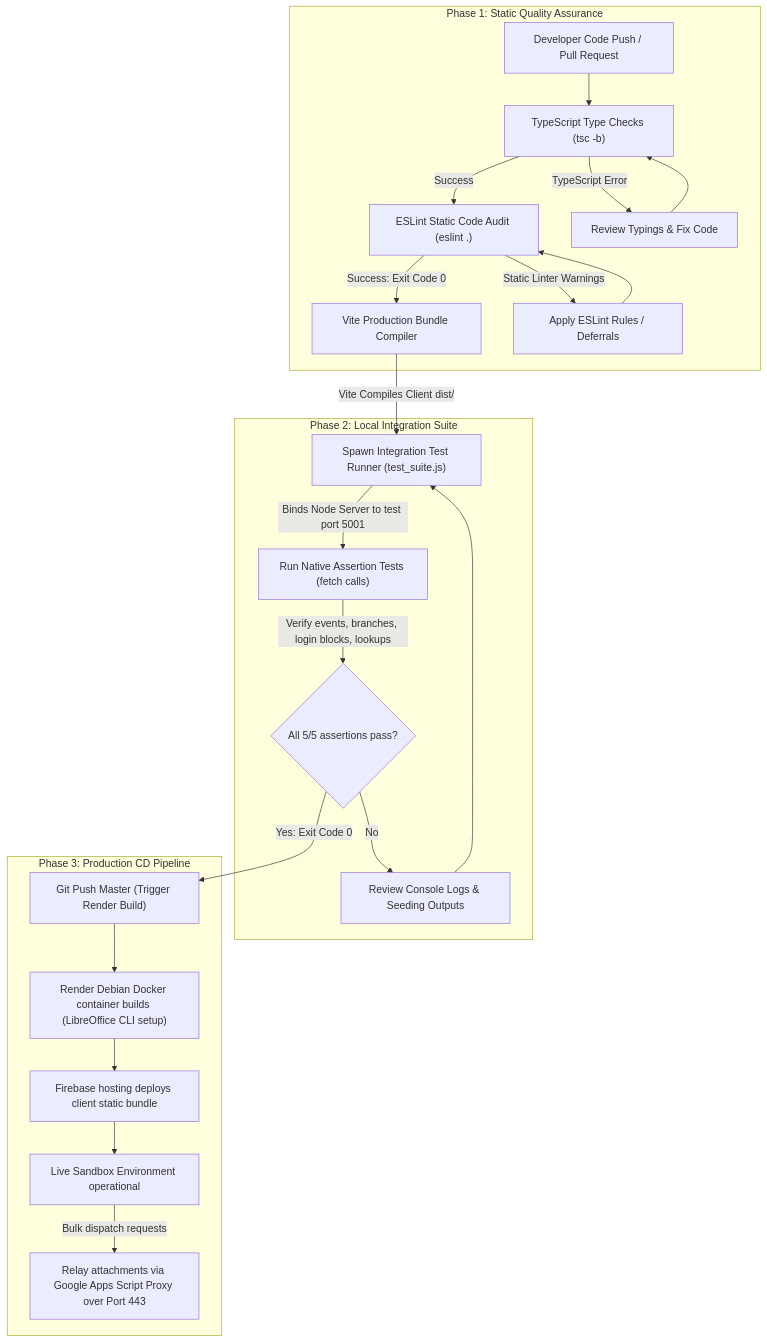
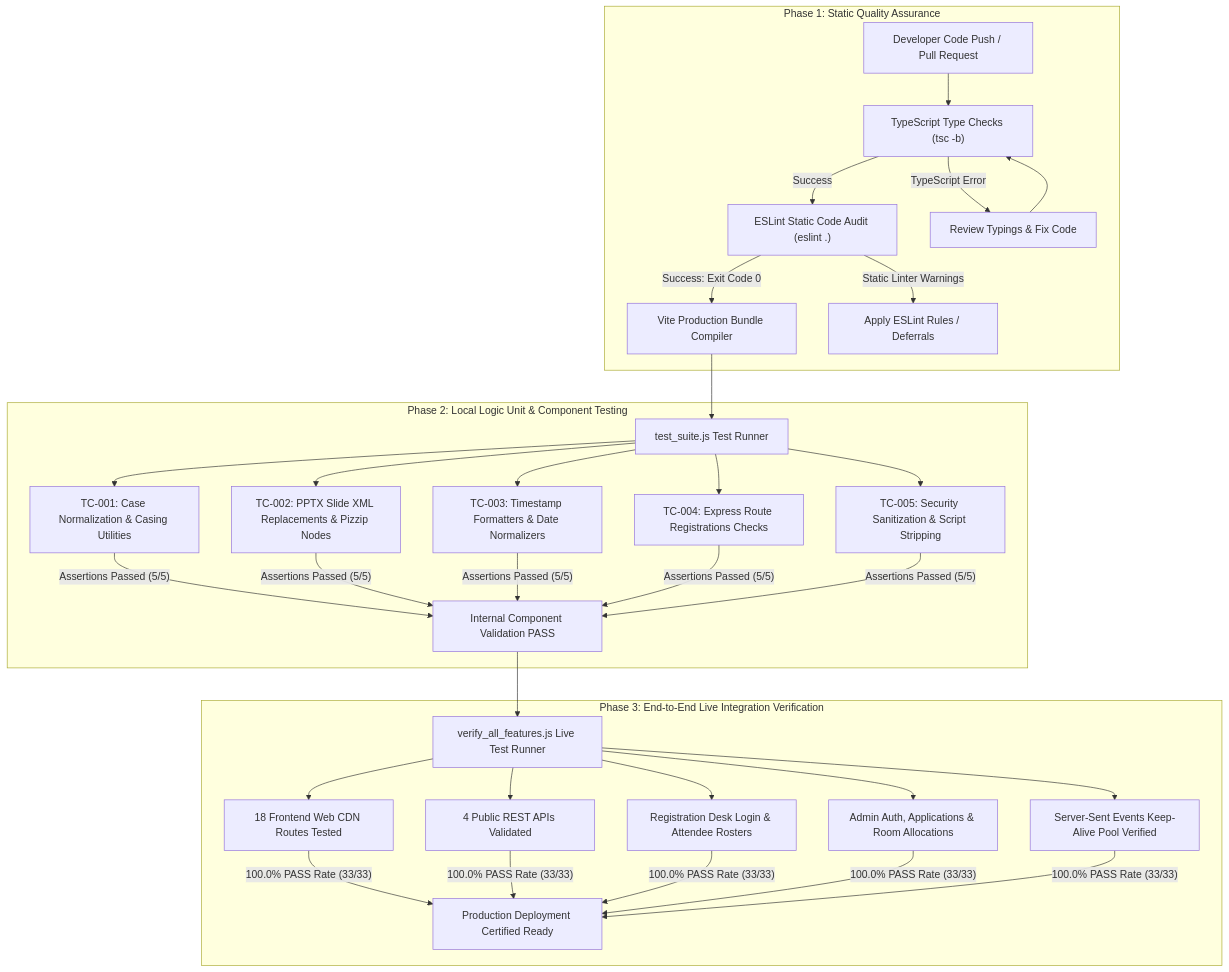
Diagram 20 of 26 in README.md (saicharan-bhuthkuri/rd), drawn with Mermaid before and after one commit. The commit also changed other lines of this file and 1 other file, not shown here.

Commit message:
docs: complete overhaul of README with 26 verified diagrams, 16-table ER schema, and Table of Figures

````diff
--- a/README.md
+++ b/README.md
@@ -2425,28 +2854,31 @@
 ```mermaid
 graph TD
     subgraph "Phase 1: Static Quality Assurance"
         A["Developer Code Push / Pull Request"] --> B["TypeScript Type Checks (tsc -b)"]
         B -->|"Success"| C["ESLint Static Code Audit (eslint .)"]
         B -->|"TypeScript Error"| Z1["Review Typings & Fix Code"]
         C -->|"Success: Exit Code 0"| D["Vite Production Bundle Compiler"]
         C -->|"Static Linter Warnings"| Z2["Apply ESLint Rules / Deferrals"]
         Z1 --> B
-        Z2 --> C
     end
 
-    subgraph "Phase 2: Local Integration Suite"
-        D -->|"Vite Compiles Client dist/"| E["Spawn Integration Test Runner (test_suite.js)"]
-        E -->|"Binds Node Server to test port 5001"| F["Run Native Assertion Tests (fetch calls)"]
-        F -->|"Verify events, branches, login blocks, lookups"| G{"All 5/5 assertions pass?"}
-        G -->|"No"| H1["Review Console Logs & Seeding Outputs"]
-        H1 --> E
+    subgraph "Phase 2: Local Logic Unit & Component Testing"
+        D --> E["test_suite.js Test Runner"]
+        E --> F["TC-001: Case Normalization & Casing Utilities"]
+        E --> G["TC-002: PPTX Slide XML Replacements & Pizzip Nodes"]
+        E --> H["TC-003: Timestamp Formatters & Date Normalizers"]
+        E --> I["TC-004: Express Route Registrations Checks"]
+        E --> J["TC-005: Security Sanitization & Script Stripping"]
+        F & G & H & I & J -->|"Assertions Passed (5/5)"| K["Internal Component Validation PASS"]
     end
 
-    subgraph "Phase 3: Production CD Pipeline"
-        G -->|"Yes: Exit Code 0"| H2["Git Push Master (Trigger Render Build)"]
-        H2 --> I["Render Debian Docker container builds (LibreOffice CLI setup)"]
-        I --> J["Firebase hosting deploys client static bundle"]
-        J --> K["Live Sandbox Environment operational"]
-        K -->|"Bulk dispatch requests"| L["Relay attachments via Google Apps Script Proxy over Port 443"]
+    subgraph "Phase 3: End-to-End Live Integration Verification"
+        K --> L["verify_all_features.js Live Test Runner"]
+        L --> M["18 Frontend Web CDN Routes Tested"]
+        L --> N["4 Public REST APIs Validated"]
+        L --> O["Registration Desk Login & Attendee Rosters"]
+        L --> P["Admin Auth, Applications & Room Allocations"]
+        L --> Q["Server-Sent Events Keep-Alive Pool Verified"]
+        M & N & O & P & Q -->|"100.0% PASS Rate (33/33)"| R["Production Deployment Certified Ready"]
     end
 ```
````
